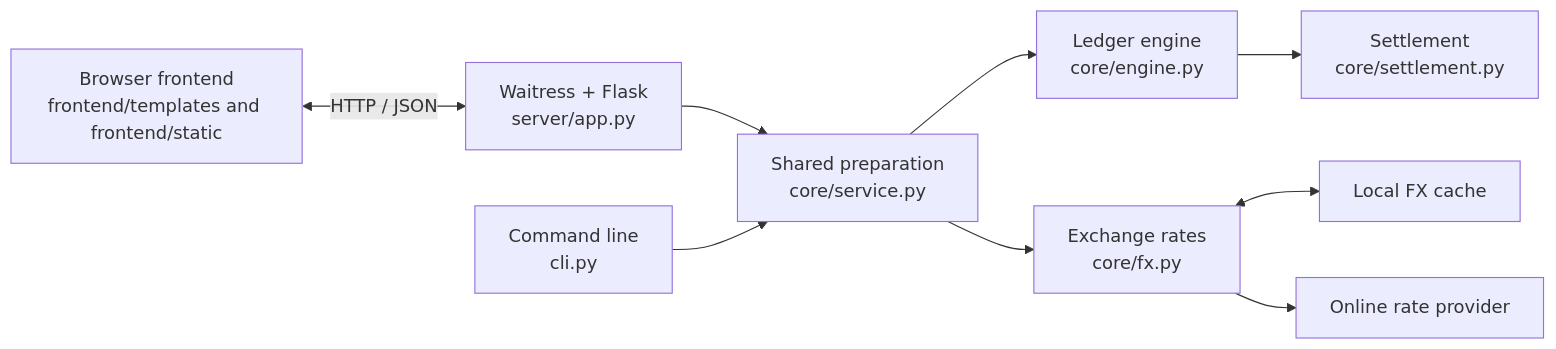
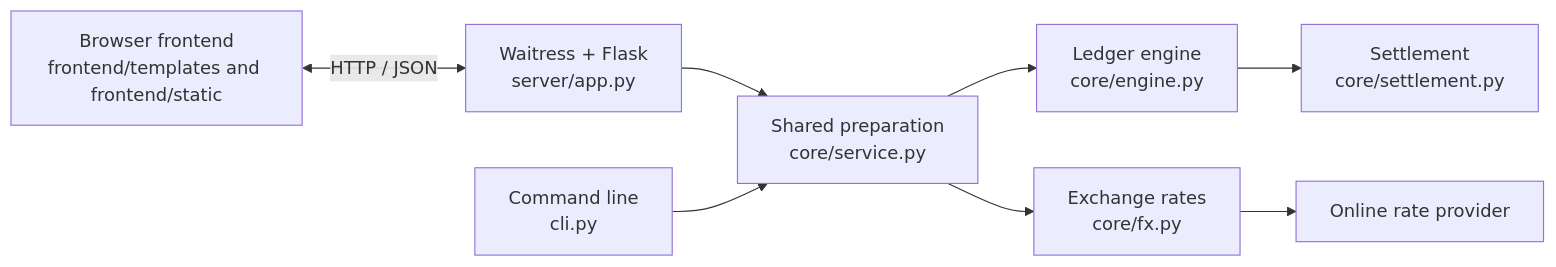
One commit to lichen-liu/trip_dollar changed the first of 2 diagrams in docs/README.md. Above: the diagram before and after it, drawn with Mermaid. The commit also changed other lines of this file and 15 other files, not shown here.

````diff
--- a/docs/README.md
+++ b/docs/README.md
@@ -6,11 +6,10 @@
 ```mermaid
 flowchart LR
     Browser["Browser frontend<br/>frontend/templates and frontend/static"] <-->|"HTTP / JSON"| Server["Waitress + Flask<br/>server/app.py"]
     Server --> Service["Shared preparation<br/>core/service.py"]
     CLI["Command line<br/>cli.py"] --> Service
     Service --> Engine["Ledger engine<br/>core/engine.py"]
     Engine --> Settlement["Settlement<br/>core/settlement.py"]
     Service --> FX["Exchange rates<br/>core/fx.py"]
-    FX <--> Cache["Local FX cache"]
     FX --> Provider["Online rate provider"]
 ```
````
